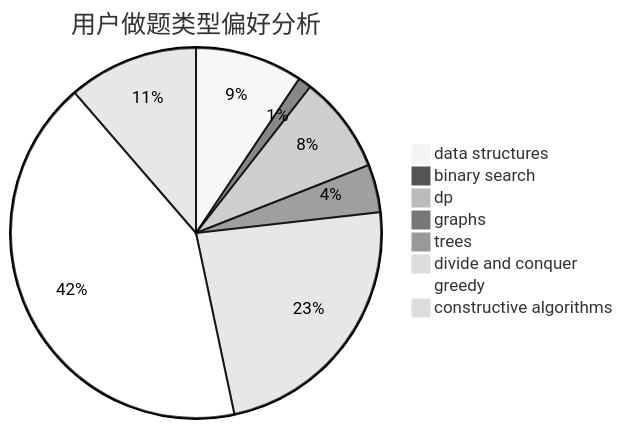
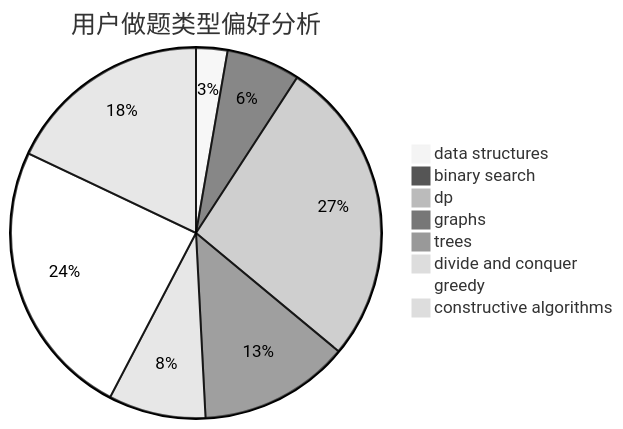
The second of 3 diagrams in docs/user/u447.md (sherpahu/cfrs.github.io), drawn with Mermaid (neutral theme) before and after one commit. The commit also changed other lines of this file and 2770 other files, not shown here.

````diff
--- a/docs/user/u447.md
+++ b/docs/user/u447.md
@@ -23,11 +23,11 @@
 ```mermaid
 pie title 用户做题类型偏好分析
-    "data structures" :  72
-    "binary search" :  9
-    "dp" :  65
-    "graphs" :  32
-    "trees" :  4
-    "divide and conquer" :  180
-    "greedy" :  322
-    "constructive algorithms" :  87
+    "data structures" :  20
+    "binary search" :  47
+    "dp" :  196
+    "graphs" :  96
+    "trees" :  7
+    "divide and conquer" :  62
+    "greedy" :  178
+    "constructive algorithms" :  131
 ```
````
